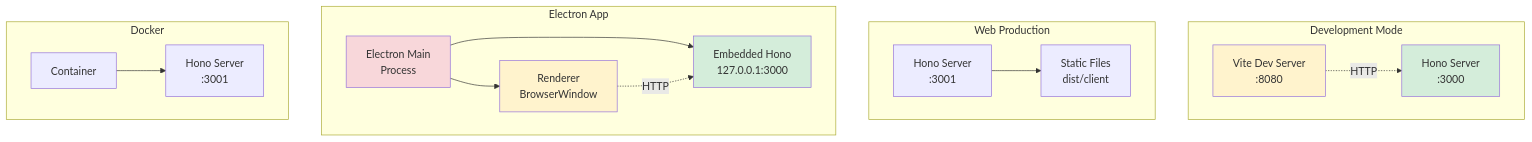
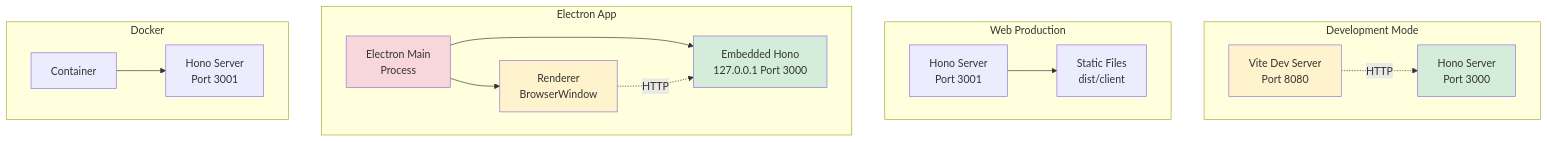
The third of 11 diagrams in docs/CONTRIBUTING.mdx (and1can/inspector), drawn with Mermaid before and after one commit. The commit also changed other lines of this file, not shown here.

Commit message:
Fix graphs in Contributing

````diff
--- a/docs/CONTRIBUTING.mdx
+++ b/docs/CONTRIBUTING.mdx
@@ -128,36 +128,36 @@
 ```mermaid
 graph TB
-    subgraph "Development Mode"
-        DevClient[Vite Dev Server<br/>:8080]
-        DevServer[Hono Server<br/>:3000]
+    subgraph DevelopmentMode["Development Mode"]
+        DevClient["Vite Dev Server<br/>Port 8080"]
+        DevServer["Hono Server<br/>Port 3000"]
         DevClient -.HTTP.-> DevServer
     end
 
-    subgraph "Web Production"
-        WebServer[Hono Server<br/>:3001]
-        WebStatic[Static Files<br/>dist/client]
+    subgraph WebProduction["Web Production"]
+        WebServer["Hono Server<br/>Port 3001"]
+        WebStatic["Static Files<br/>dist/client"]
         WebServer --> WebStatic
     end
 
-    subgraph "Electron App"
-        ElectronMain[Electron Main<br/>Process]
-        ElectronRenderer[Renderer<br/>BrowserWindow]
-        EmbeddedHono[Embedded Hono<br/>127.0.0.1:3000]
+    subgraph ElectronApp["Electron App"]
+        ElectronMain["Electron Main<br/>Process"]
+        ElectronRenderer["Renderer<br/>BrowserWindow"]
+        EmbeddedHono["Embedded Hono<br/>127.0.0.1 Port 3000"]
 
         ElectronMain --> EmbeddedHono
         ElectronMain --> ElectronRenderer
         ElectronRenderer -.HTTP.-> EmbeddedHono
     end
 
-    subgraph "Docker"
-        DockerContainer[Container]
-        DockerHono[Hono Server<br/>:3001]
+    subgraph Docker["Docker"]
+        DockerContainer["Container"]
+        DockerHono["Hono Server<br/>Port 3001"]
         DockerContainer --> DockerHono
     end
 
     style DevClient fill:#fff3cd
     style DevServer fill:#d4edda
     style ElectronMain fill:#f8d7da
     style ElectronRenderer fill:#fff3cd
     style EmbeddedHono fill:#d4edda
 ```
````
